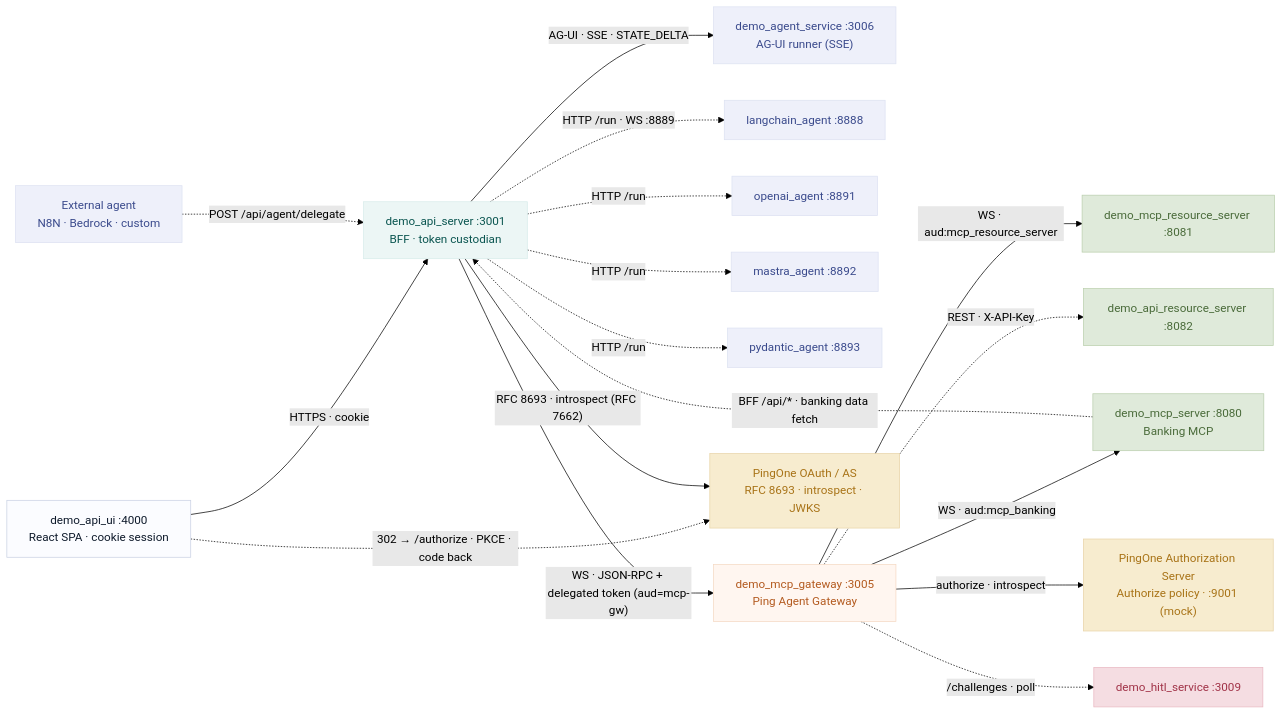
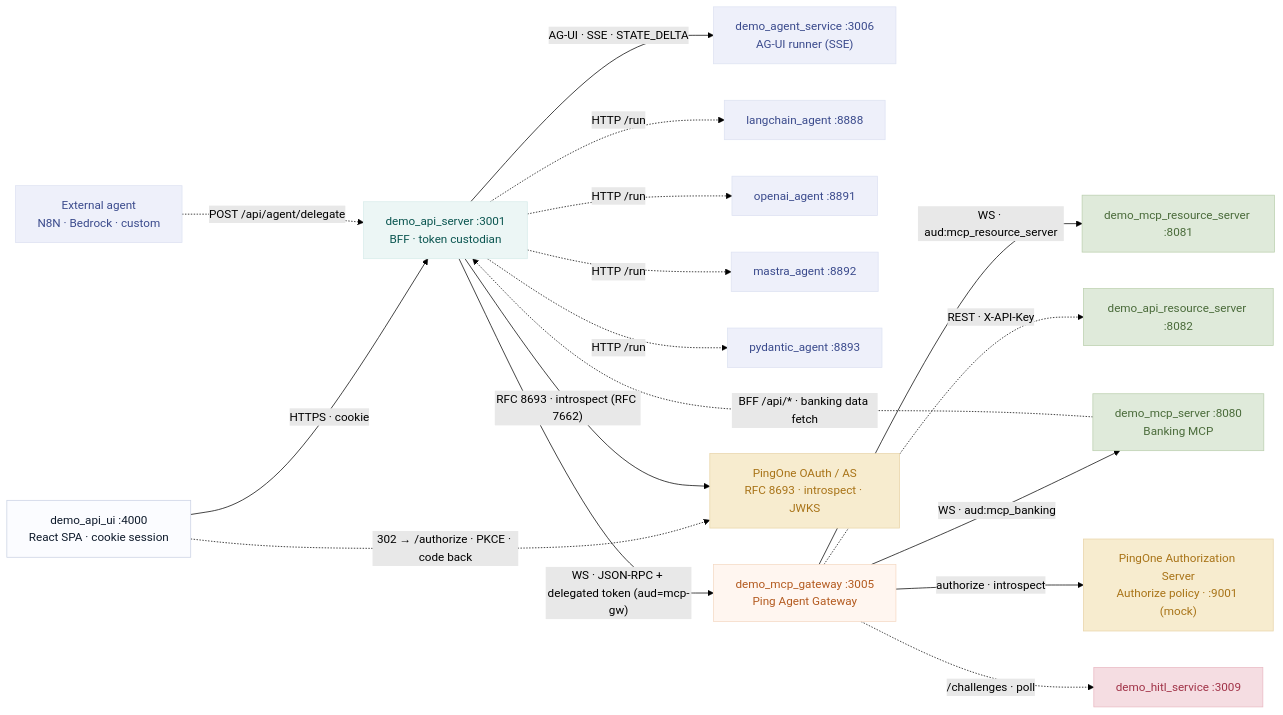
Before and after one commit to curtismu7/AI-DEMO2: the first of 2 diagrams in README.md, drawn with Mermaid (forest theme). The commit also changed 56 other files, not shown here.

````diff
--- a/README.md
+++ b/README.md
@@ -78,43 +78,43 @@
 ```mermaid
 flowchart LR
   classDef client    fill:#fbfcff,stroke:#c9d1e3,color:#0e1a2b
   classDef bff       fill:#ecf6f5,stroke:#d8eceb,color:#0a5550
   classDef agent     fill:#eef0fa,stroke:#dde2f2,color:#3a4a8c
   classDef gw        fill:#fff6f0,stroke:#f5d9c4,color:#b35a1f
   classDef hitl      fill:#f5dde2,stroke:#e9b8c2,color:#a13348
   classDef mcp       fill:#dfeada,stroke:#bbcfae,color:#4a6b3a
   classDef ping      fill:#f7eccf,stroke:#e8d4a8,color:#a87317
 
   UI["demo_api_ui :4000<br/>React SPA · cookie session"]:::client
   SRV["demo_api_server :3001<br/>BFF · token custodian"]:::bff
   AGSVC["demo_agent_service :3006<br/>AG-UI runner (SSE)"]:::agent
   LC["langchain_agent :8888"]:::agent
   OA["openai_agent :8891"]:::agent
   MS["mastra_agent :8892"]:::agent
   PD["pydantic_agent :8893"]:::agent
   EXT["External agent<br/>N8N · Bedrock · custom"]:::agent
   GATE["demo_mcp_gateway :3005<br/>Ping Agent Gateway"]:::gw
   HITL["demo_hitl_service :3009"]:::hitl
   MBANK["demo_mcp_server :8080<br/>Banking MCP"]:::mcp
   MINV["demo_mcp_resource_server :8081"]:::mcp
   MMORT["demo_api_resource_server :8082"]:::mcp
   POAUTH["PingOne OAuth / AS<br/>RFC 8693 · introspect · JWKS"]:::ping
   PAAM["PingOne Authorization Server<br/>Authorize policy · :9001 (mock)"]:::ping
 
   UI -->|"HTTPS · cookie"| SRV
   UI -.->|"302 → /authorize · PKCE · code back"| POAUTH
   EXT -.->|"POST /api/agent/delegate"| SRV
   SRV -->|"AG-UI · SSE · STATE_DELTA"| AGSVC
-  SRV -.->|"HTTP /run · WS :8889"| LC
+  SRV -.->|"HTTP /run"| LC
   SRV -.->|"HTTP /run"| OA
   SRV -.->|"HTTP /run"| MS
   SRV -.->|"HTTP /run"| PD
   SRV -->|"WS · JSON-RPC + delegated token (aud=mcp-gw)"| GATE
   SRV -->|"RFC 8693 · introspect (RFC 7662)"| POAUTH
   GATE -->|"WS · aud:mcp_banking"| MBANK
   GATE -->|"WS · aud:mcp_resource_server"| MINV
   GATE -.->|"REST · X-API-Key"| MMORT
   GATE -->|"authorize · introspect"| PAAM
   GATE -.->|"/challenges · poll"| HITL
   MBANK -.->|"BFF /api/* · banking data fetch"| SRV
 ```
````
